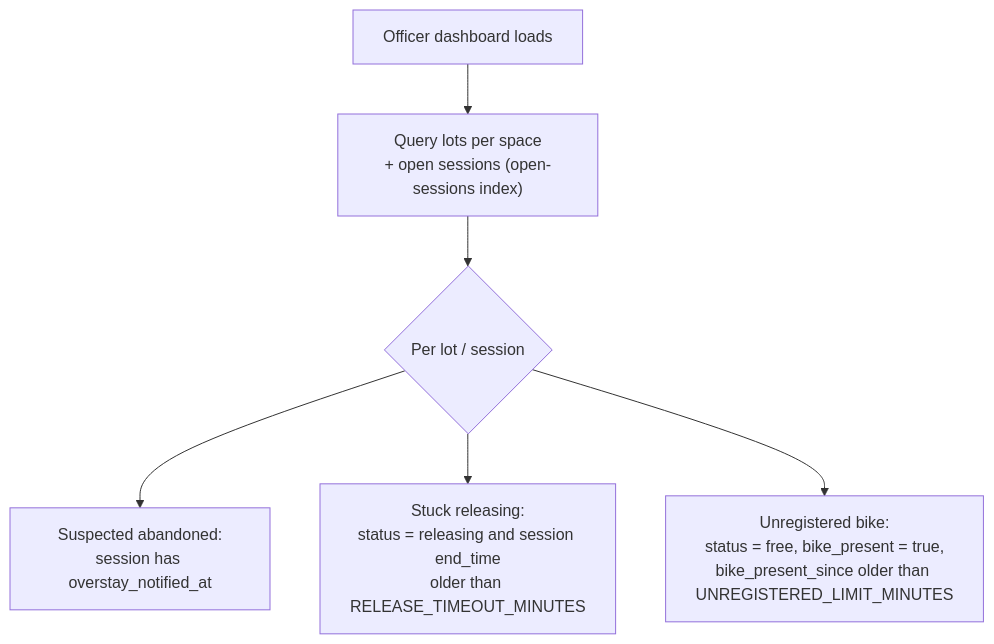
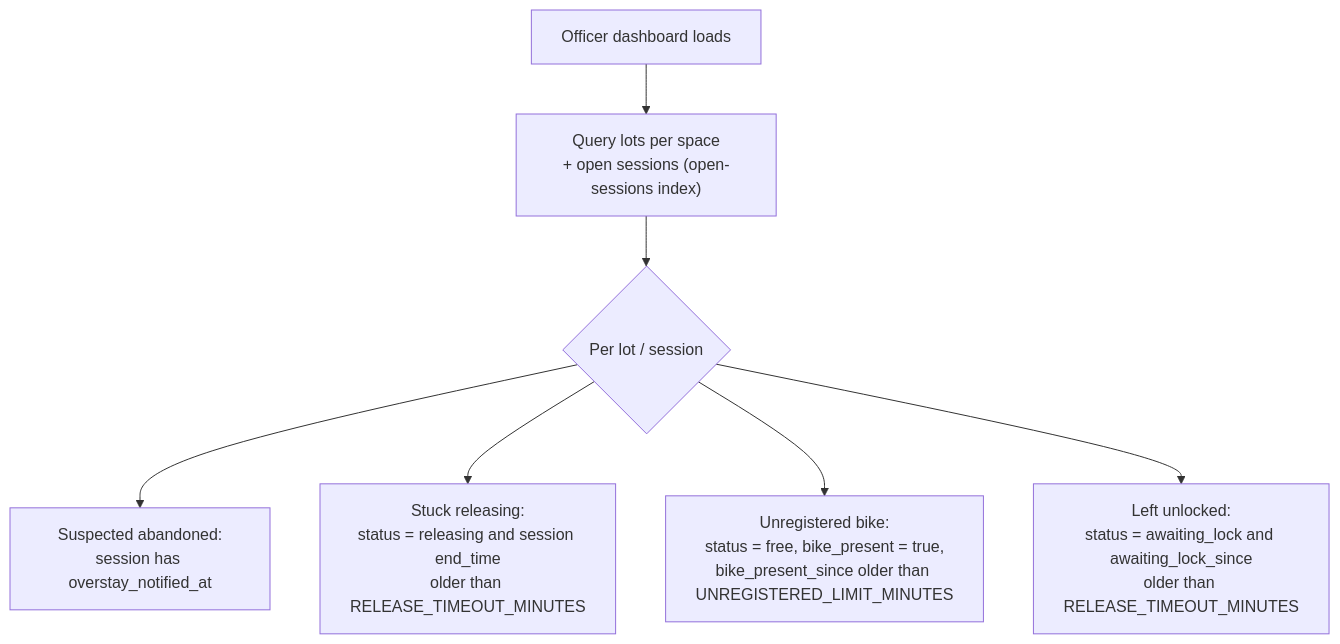
The fifth of 8 diagrams in docs/cloud-logic.md (realestzeyu/smart-bike-parking), drawn with Mermaid before and after one commit. The commit also changed other lines of this file and 11 other files, not shown here.

````diff
--- a/docs/cloud-logic.md
+++ b/docs/cloud-logic.md
@@ -99,8 +121,9 @@
 ```mermaid
 flowchart TD
     A["Officer dashboard loads"] --> B["Query lots per space<br/>+ open sessions (open-sessions index)"]
     B --> C{"Per lot / session"}
     C --> D["Suspected abandoned:<br/>session has overstay_notified_at"]
     C --> E["Stuck releasing:<br/>status = releasing and session end_time<br/>older than RELEASE_TIMEOUT_MINUTES"]
     C --> F["Unregistered bike:<br/>status = free, bike_present = true,<br/>bike_present_since older than UNREGISTERED_LIMIT_MINUTES"]
+    C --> G["Left unlocked:<br/>status = awaiting_lock and awaiting_lock_since<br/>older than RELEASE_TIMEOUT_MINUTES"]
 ```
````
